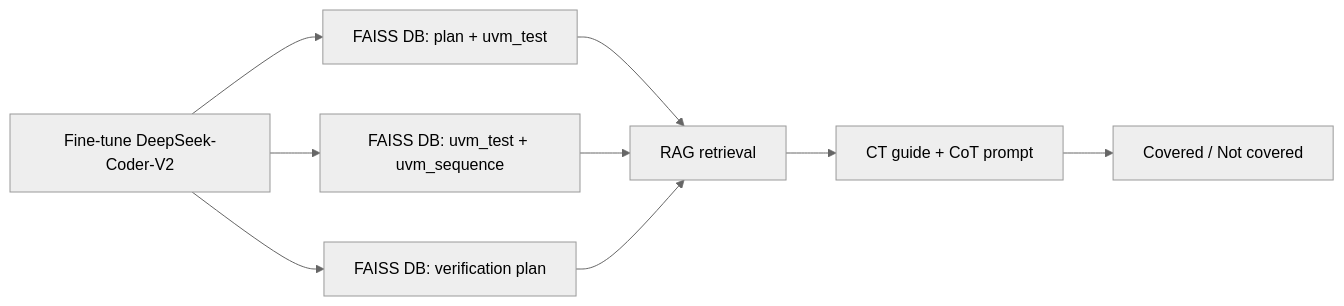
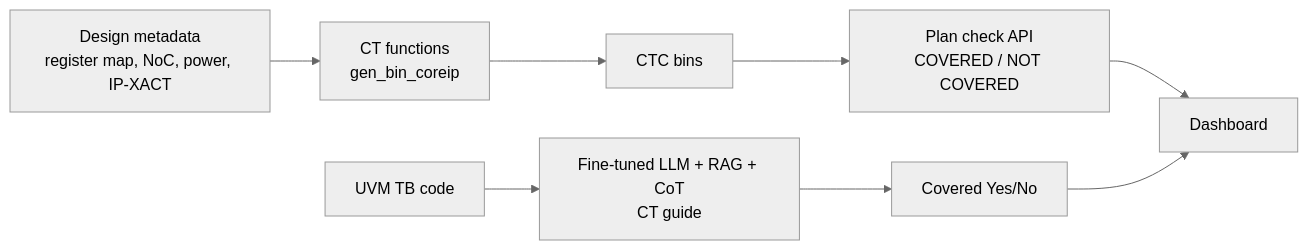
The diagram in docs/papers/ref-20261018-9206-an-early-stage-coverage-measurement-methodology-for-common-f.md (nemo99007/yt-paper), drawn with Mermaid (neutral theme) before and after one commit. The commit also changed other lines of this file and 172 other files, not shown here.

````diff
--- a/docs/papers/ref-20261018-9206-an-early-stage-coverage-measurement-methodology-for-common-f.md
+++ b/docs/papers/ref-20261018-9206-an-early-stage-coverage-measurement-methodology-for-common-f.md
@@ -225,11 +212,10 @@
 ```mermaid
 flowchart LR
-    A[Fine-tune DeepSeek-Coder-V2] --> B[FAISS DB: plan + uvm_test]
-    A --> C[FAISS DB: uvm_test + uvm_sequence]
-    A --> D[FAISS DB: verification plan]
-    B --> E[RAG retrieval]
-    C --> E
-    D --> E
-    E --> F[CT guide + CoT prompt]
-    F --> G[Covered / Not covered]
+  A[Design metadata<br/>register map, NoC, power, IP-XACT] --> B[CT functions<br/>gen_bin_coreip]
+  B --> C[CTC bins]
+  C --> D[Plan check API<br/>COVERED / NOT COVERED]
+  E[UVM TB code] --> F[Fine-tuned LLM + RAG + CoT<br/>CT guide]
+  F --> G[Covered Yes/No]
+  D --> H[Dashboard]
+  G --> H
 ```
````
